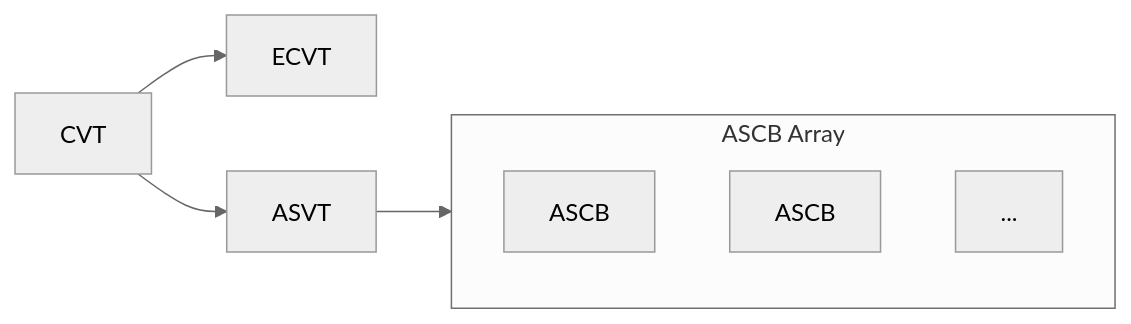
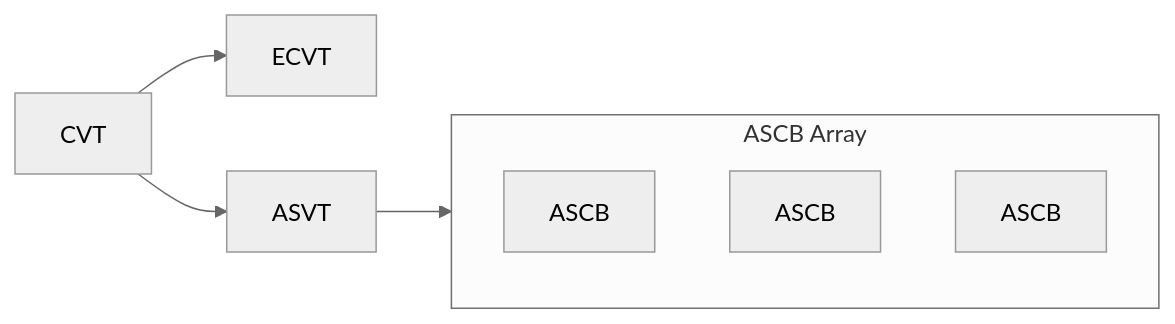
Before and after one commit to ambitus/cbxp: the third of 4 diagrams in include_patterns.md, drawn with Mermaid (neutral theme). The commit also changed other lines of this file and 9 other files, not shown here.

```diff
--- a/include_patterns.md
+++ b/include_patterns.md
@@ -137,12 +138,12 @@
 <pre class="mermaid">
   flowchart LR
     CVT
     CVT--> ECVT
     CVT--> ASVT
     ASVT--> ASCBs
     subgraph ASCBs["ASCB Array"]
         ASCB1["ASCB"]
         ASCB2["ASCB"]
-        ASCB3["..."]
+        ASCB3["ASCB"]
     end
 </pre>
```
